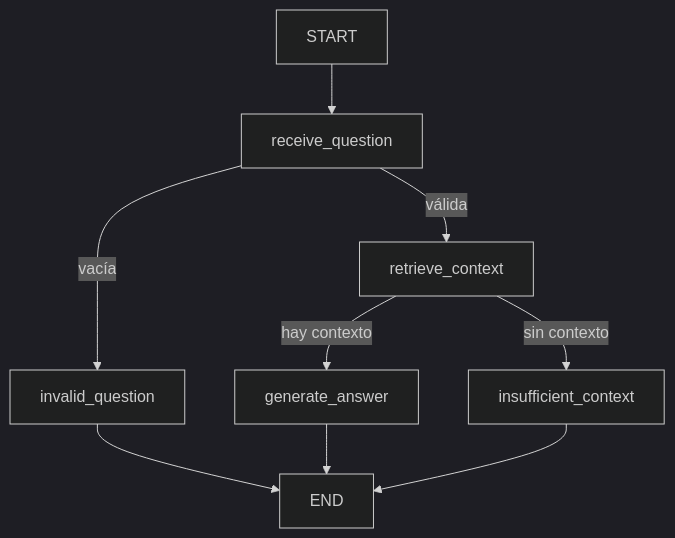
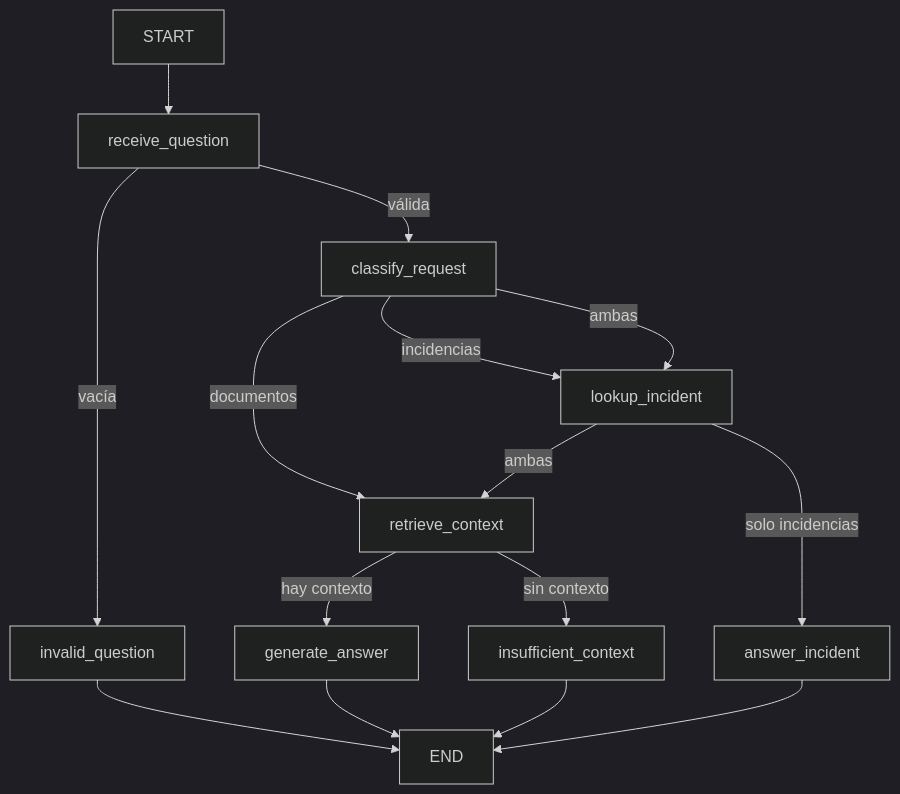
One commit to rlence/4geeks-company changed the diagram in docs/agent/agent-design.md. Above: the diagram before and after it, drawn with Mermaid (dark theme). The commit also changed other lines of this file and 13 other files, not shown here.

````diff
--- a/docs/agent/agent-design.md
+++ b/docs/agent/agent-design.md
@@ -7,11 +7,17 @@
 ```mermaid
 flowchart TD
     START --> receive_question
     receive_question -->|vacía| invalid_question
-    receive_question -->|válida| retrieve_context
+    receive_question -->|válida| classify_request
+    classify_request -->|documentos| retrieve_context
+    classify_request -->|incidencias| lookup_incident
+    classify_request -->|ambas| lookup_incident
+    lookup_incident -->|ambas| retrieve_context
+    lookup_incident -->|solo incidencias| answer_incident
     retrieve_context -->|hay contexto| generate_answer
     retrieve_context -->|sin contexto| insufficient_context
     invalid_question --> END
     generate_answer --> END
     insufficient_context --> END
+    answer_incident --> END
 ```
````
